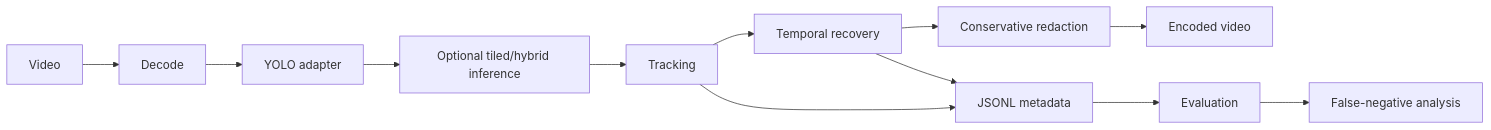
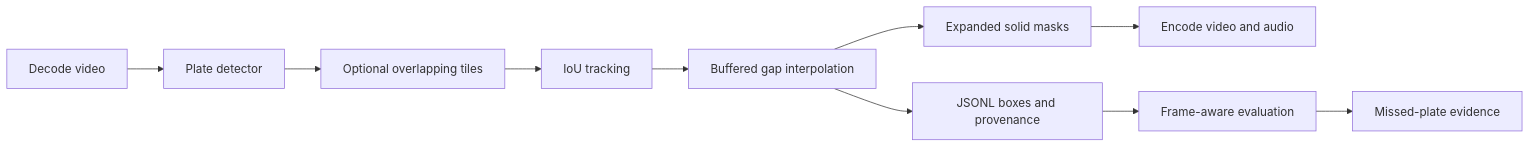
Before and after one commit to alaamadii/license-plate-video-anonymizer: the diagram in README.md, drawn with Mermaid. The commit also changed other lines of this file and 34 other files, not shown here.

````diff
--- a/README.md
+++ b/README.md
@@ -11,14 +12,12 @@
 ```mermaid
 flowchart LR
-    A[Video] --> B[Decode]
-    B --> C[YOLO adapter]
-    C --> D[Optional tiled/hybrid inference]
-    D --> E[Tracking]
-    E --> F[Temporal recovery]
-    F --> G[Conservative redaction]
-    G --> H[Encoded video]
-    E --> I[JSONL metadata]
-    F --> I
-    I --> J[Evaluation]
-    J --> K[False-negative analysis]
+    A[Decode video] --> B[Plate detector]
+    B --> C[Optional overlapping tiles]
+    C --> D[IoU tracking]
+    D --> E[Buffered gap interpolation]
+    E --> F[Expanded solid masks]
+    F --> G[Encode video and audio]
+    E --> H[JSONL boxes and provenance]
+    H --> I[Frame-aware evaluation]
+    I --> J[Missed-plate evidence]
 ```
````
